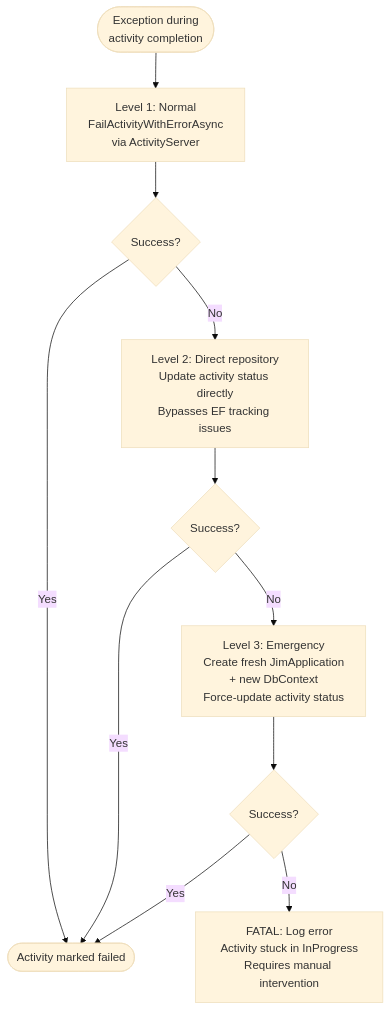
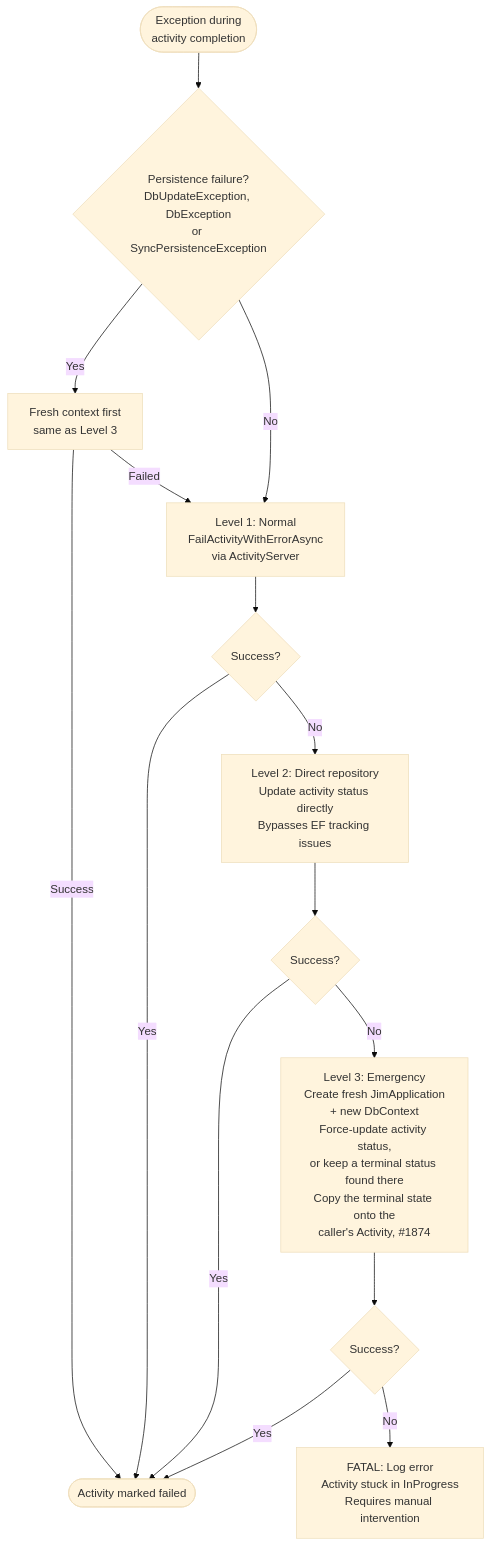
The sixth of 6 diagrams in docs/developer/diagrams/ACTIVITY_AND_RPEI_FLOW.md (TetronIO/JIM), drawn with Mermaid (base theme) before and after one commit. The commit also changed other lines of this file and 28 other files, not shown here.

First line of the commit message:
docs: update documentation and diagrams for v0.16.0 release

````diff
--- a/docs/developer/diagrams/ACTIVITY_AND_RPEI_FLOW.md
+++ b/docs/developer/diagrams/ACTIVITY_AND_RPEI_FLOW.md
@@ -190,15 +191,19 @@
 ```mermaid
 flowchart TD
-    Error([Exception during<br/>activity completion]) --> Level1[Level 1: Normal<br/>FailActivityWithErrorAsync<br/>via ActivityServer]
+    Error([Exception during<br/>activity completion]) --> Poisoned{Persistence failure?<br/>DbUpdateException, DbException<br/>or SyncPersistenceException}
+    Poisoned -->|Yes| FreshFirst[Fresh context first<br/>same as Level 3]
+    FreshFirst -->|Success| Done
+    FreshFirst -->|Failed| Level1
+    Poisoned -->|No| Level1[Level 1: Normal<br/>FailActivityWithErrorAsync<br/>via ActivityServer]
     Level1 --> L1Result{Success?}
     L1Result -->|Yes| Done([Activity marked failed])
 
     L1Result -->|No| Level2[Level 2: Direct repository<br/>Update activity status directly<br/>Bypasses EF tracking issues]
     Level2 --> L2Result{Success?}
     L2Result -->|Yes| Done
 
-    L2Result -->|No| Level3[Level 3: Emergency<br/>Create fresh JimApplication<br/>+ new DbContext<br/>Force-update activity status]
+    L2Result -->|No| Level3[Level 3: Emergency<br/>Create fresh JimApplication<br/>+ new DbContext<br/>Force-update activity status,<br/>or keep a terminal status found there<br/>Copy the terminal state onto the<br/>caller's Activity, #1874]
     Level3 --> L3Result{Success?}
     L3Result -->|Yes| Done
     L3Result -->|No| Fatal[FATAL: Log error<br/>Activity stuck in InProgress<br/>Requires manual intervention]
 ```
````
